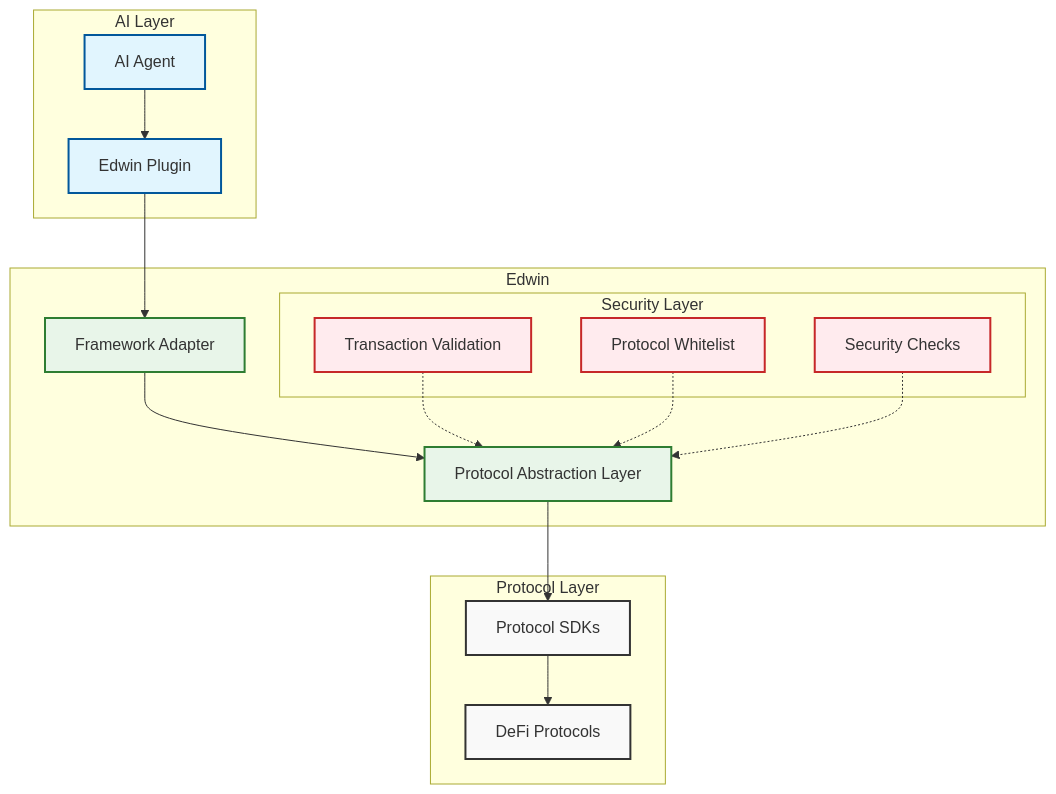
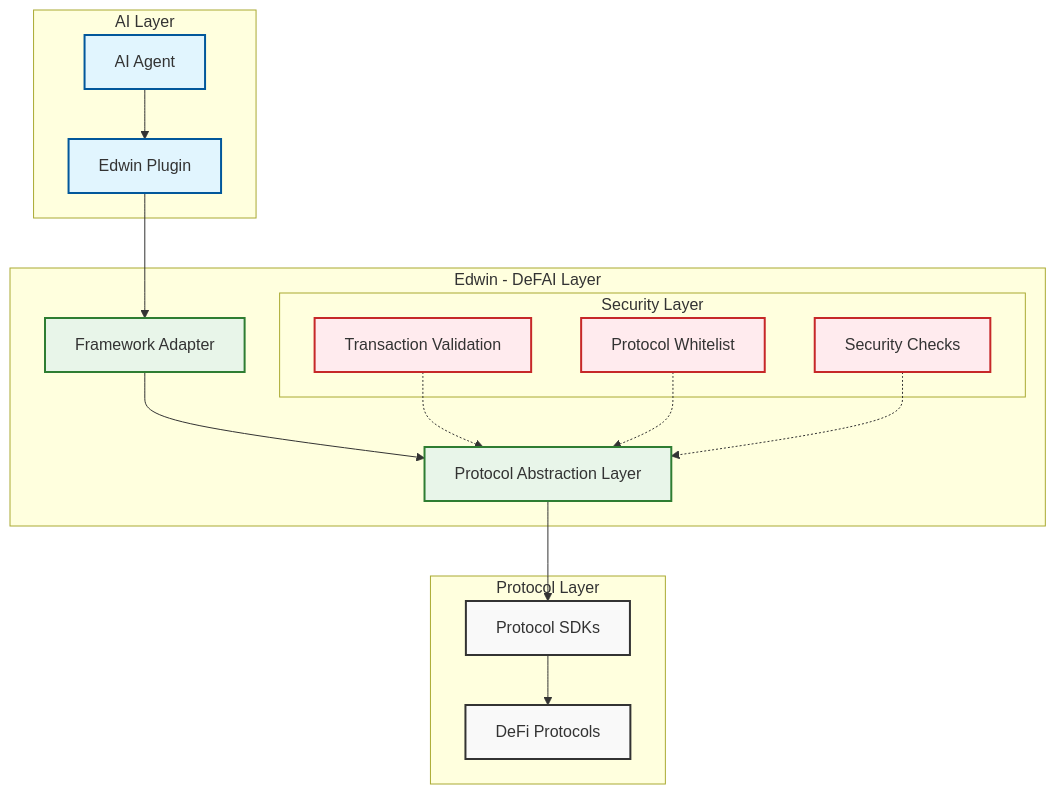
One commit to edwin-finance/docs changed the diagram in core-concepts/how-edwin-works.md. Above: the diagram before and after it, drawn with Mermaid. The commit also changed 1 other file, not shown here.

Commit message:
Implemented comments

````diff
--- a/core-concepts/how-edwin-works.md
+++ b/core-concepts/how-edwin-works.md
@@ -11,46 +11,46 @@
 ```mermaid
 graph TB
     %% Styling
     classDef default fill:#f9f9f9,stroke:#333,stroke-width:2px
     classDef highlight fill:#e1f5fe,stroke:#01579b,stroke-width:2px
     classDef core fill:#e8f5e9,stroke:#2e7d32,stroke-width:2px
     classDef security fill:#ffebee,stroke:#c62828,stroke-width:2px
 
     subgraph "AI Layer"
         A[AI Agent]
         P[Edwin Plugin]
         A --> P
     end
     
-    subgraph "Edwin"
+    subgraph "Edwin - DeFAI Layer"
         B[Framework Adapter]
         C[Protocol Abstraction Layer]
         
         P --> B
         B --> C
         
         subgraph "Security Layer"
             F[Transaction Validation]
             G[Protocol Whitelist]
             H[Security Checks]
         end
     end
     
     subgraph "Protocol Layer"
         I[Protocol SDKs]
         J[DeFi Protocols]
         
         C --> I
         I --> J
     end
     
     %% Security connections
     F -.-> C
     G -.-> C
     H -.-> C
 
     %% Apply styles
     class A,P highlight
     class B,C core
     class F,G,H security
 ```
````
